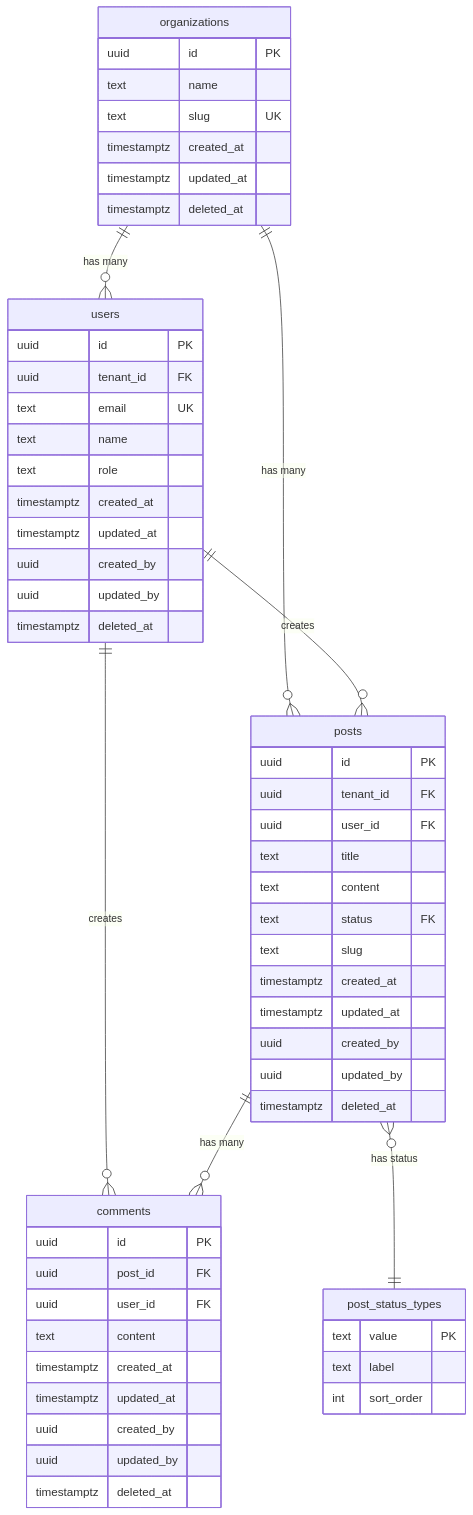
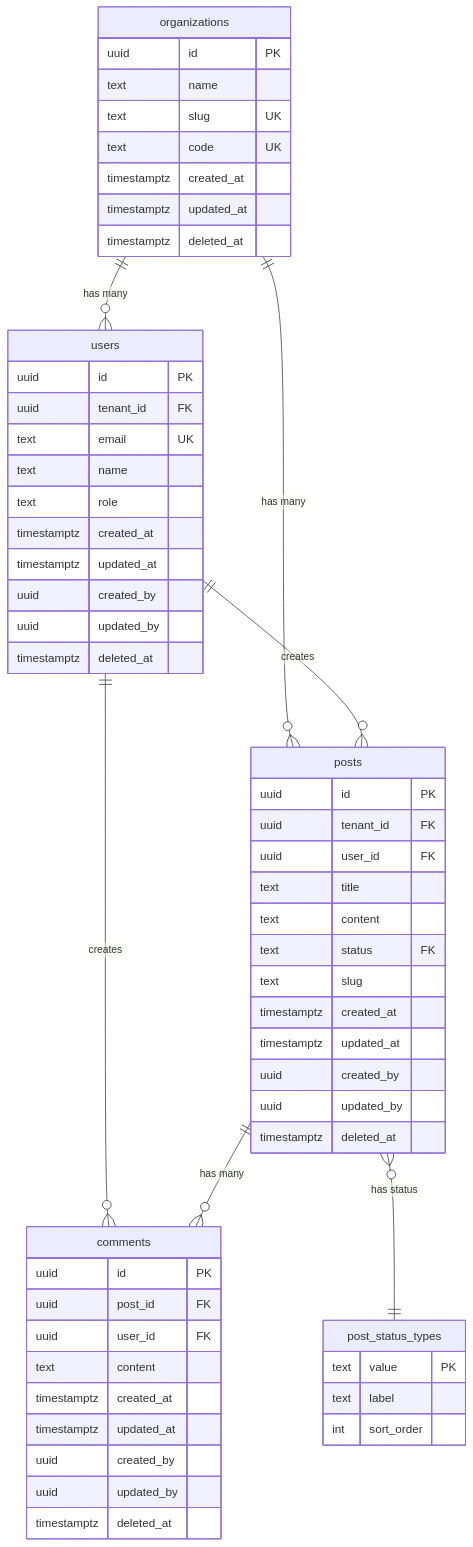
The diagram in docs/database-design.md (pipo3944/hasura_neon_firebase_flutter), drawn with Mermaid before and after one commit. The commit also changed other lines of this file and 45 other files, not shown here.

````diff
--- a/docs/database-design.md
+++ b/docs/database-design.md
@@ -23,64 +23,65 @@
 ```mermaid
 erDiagram
     organizations ||--o{ users : "has many"
     organizations ||--o{ posts : "has many"
     users ||--o{ posts : "creates"
     users ||--o{ comments : "creates"
     posts ||--o{ comments : "has many"
     posts }o--|| post_status_types : "has status"
 
     organizations {
         uuid id PK
         text name
         text slug UK
+        text code UK
         timestamptz created_at
         timestamptz updated_at
         timestamptz deleted_at
     }
 
     users {
         uuid id PK
         uuid tenant_id FK
         text email UK
         text name
         text role
         timestamptz created_at
         timestamptz updated_at
         uuid created_by
         uuid updated_by
         timestamptz deleted_at
     }
 
     posts {
         uuid id PK
         uuid tenant_id FK
         uuid user_id FK
         text title
         text content
         text status FK
         text slug
         timestamptz created_at
         timestamptz updated_at
         uuid created_by
         uuid updated_by
         timestamptz deleted_at
     }
 
     comments {
         uuid id PK
         uuid post_id FK
         uuid user_id FK
         text content
         timestamptz created_at
         timestamptz updated_at
         uuid created_by
         uuid updated_by
         timestamptz deleted_at
     }
 
     post_status_types {
         text value PK
         text label
         int sort_order
     }
 ```
````
